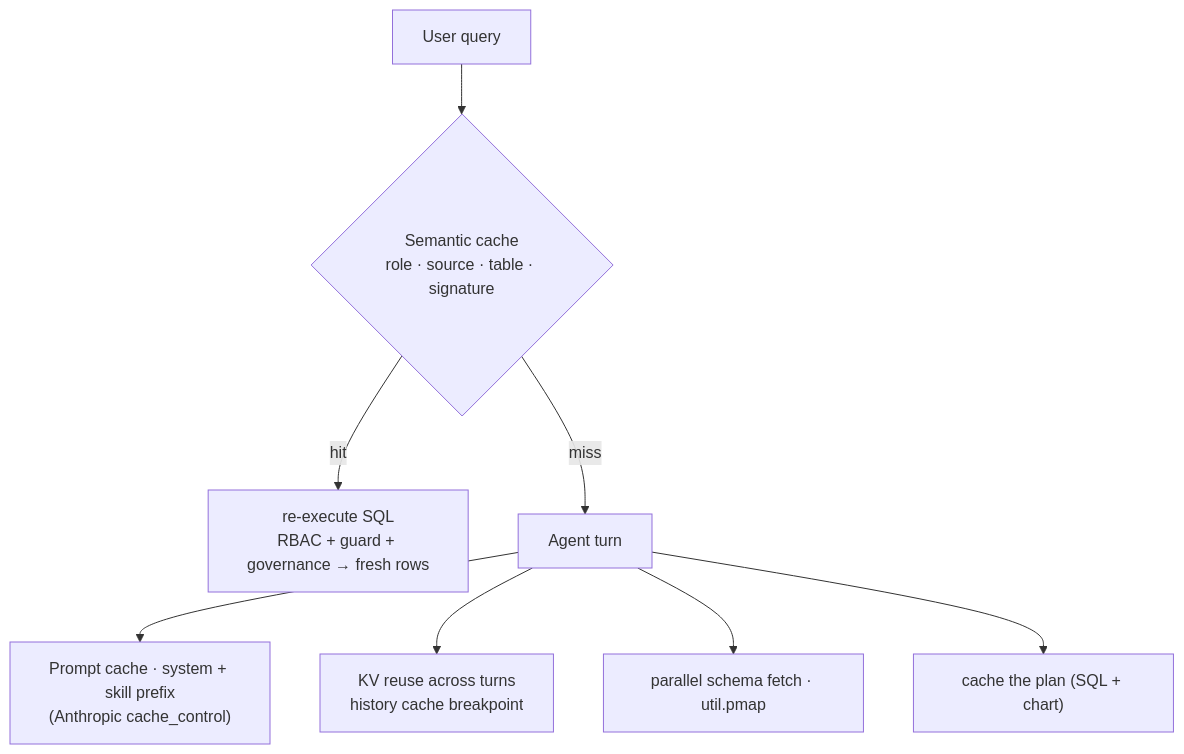
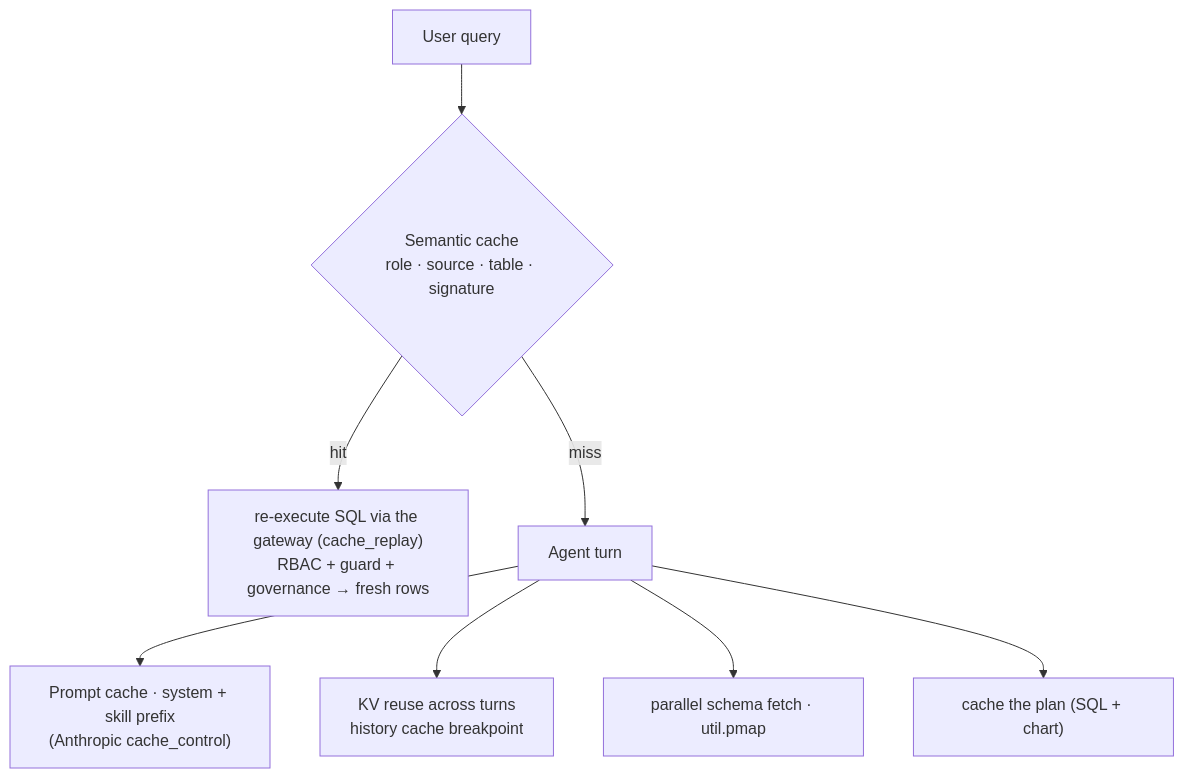
The ninth of 12 diagrams in README.md (rohitkarumanchi745/studio), drawn with Mermaid before and after one commit. The commit also changed other lines of this file and 98 other files, not shown here.

````diff
--- a/README.md
+++ b/README.md
@@ -506,10 +779,10 @@
 ```mermaid
 flowchart TB
     q["User query"] --> sem{"Semantic cache<br/>role · source · table · signature"}
-    sem -- hit --> re["re-execute SQL<br/>RBAC + guard + governance → fresh rows"]
+    sem -- hit --> re["re-execute SQL via the gateway (cache_replay)<br/>RBAC + guard + governance → fresh rows"]
     sem -- miss --> ag["Agent turn"]
     ag --> pc["Prompt cache · system + skill prefix<br/>(Anthropic cache_control)"]
     ag --> kv["KV reuse across turns<br/>history cache breakpoint"]
     ag --> par["parallel schema fetch · util.pmap"]
     ag --> st["cache the plan (SQL + chart)"]
 ```
````
